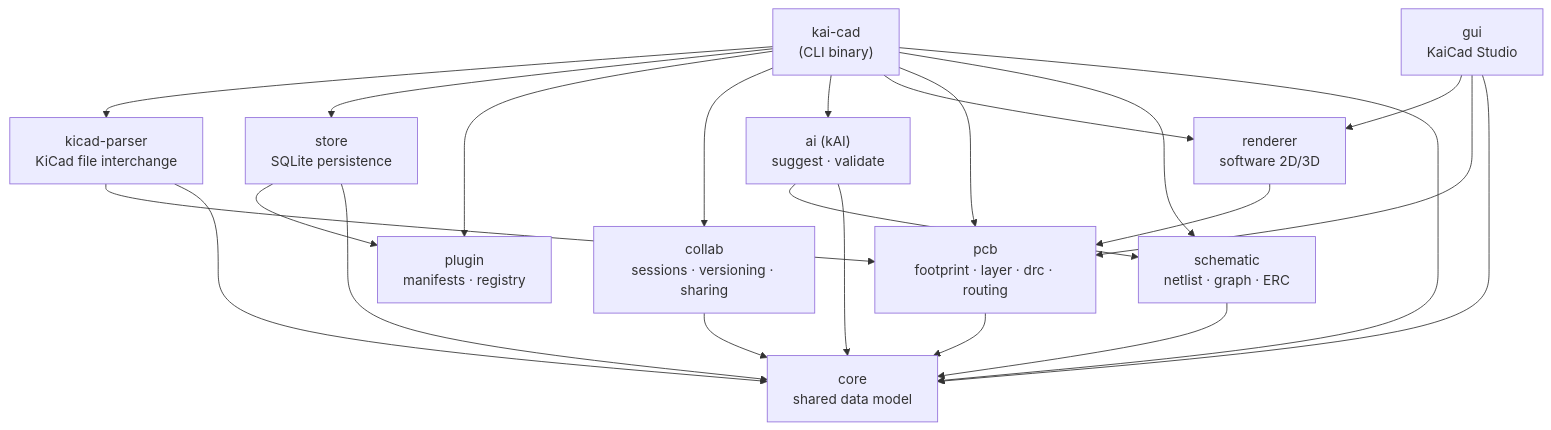
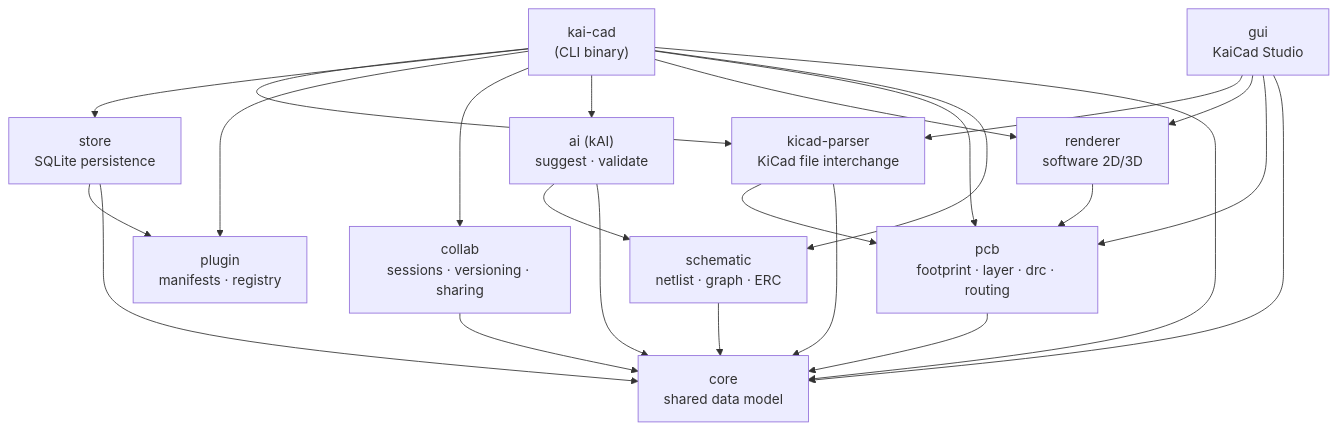
One commit to sneakylizard123-4/KaiCad changed the first of 3 diagrams in docs/ARCHITECTURE.md. Above: the diagram before and after it, drawn with Mermaid. The commit also changed other lines of this file and 20 other files, not shown here.

````diff
--- a/docs/ARCHITECTURE.md
+++ b/docs/ARCHITECTURE.md
@@ -32,39 +32,40 @@
 ```mermaid
 graph TD
     app["kai-cad<br/>(CLI binary)"]
     gui["gui<br/>KaiCad Studio"]
     core["core<br/>shared data model"]
     schematic["schematic<br/>netlist · graph · ERC"]
     pcb["pcb<br/>footprint · layer · drc · routing"]
     renderer["renderer<br/>software 2D/3D"]
     ai["ai (kAI)<br/>suggest · validate"]
     collab["collab<br/>sessions · versioning · sharing"]
     plugin["plugin<br/>manifests · registry"]
     store["store<br/>SQLite persistence"]
     kicad_parser["kicad-parser<br/>KiCad file interchange"]
 
     app --> core
     app --> schematic
     app --> pcb
     app --> renderer
     app --> ai
     app --> collab
     app --> plugin
     app --> store
     app --> kicad_parser
 
     gui --> core
     gui --> pcb
     gui --> renderer
+    gui --> kicad_parser
 
     kicad_parser --> core
     kicad_parser --> pcb
     schematic --> core
     pcb --> core
     renderer --> pcb
     ai --> core
     ai --> schematic
     collab --> core
     store --> core
     store --> plugin
 ```
````
